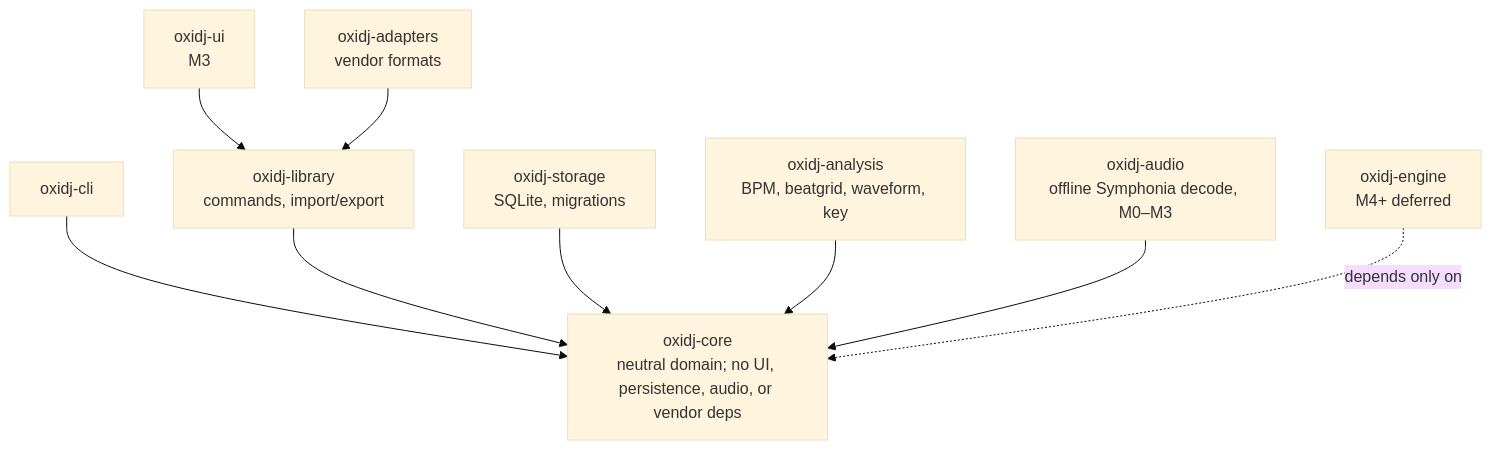
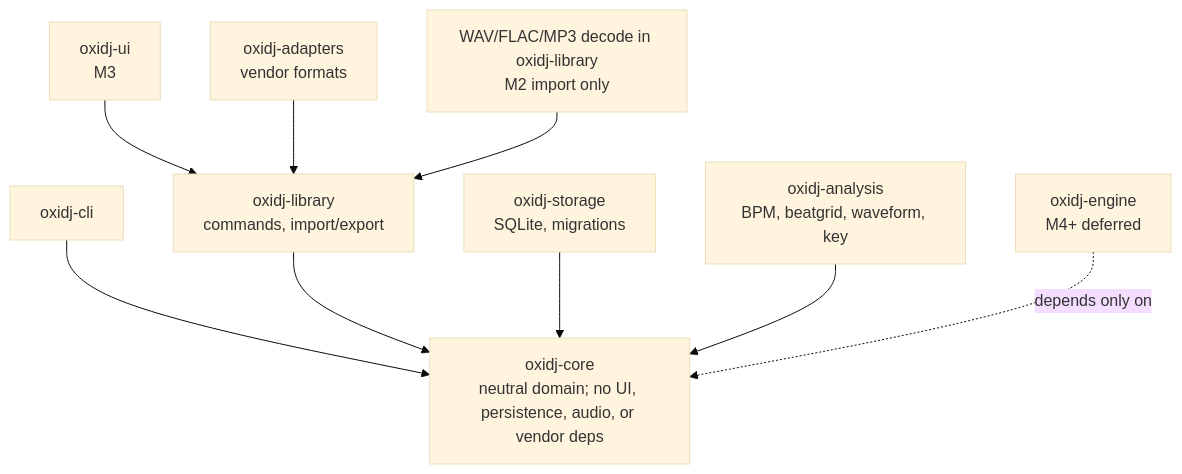
One commit to Senci/oxidj changed the diagram in docs/adr/004-crate-boundaries.md. Above: the diagram before and after it, drawn with Mermaid (base theme). The commit also changed other lines of this file and 2 other files, not shown here.

First line of the commit message:
feat(architecture): admit M2 audio decoders in library

````diff
--- a/docs/adr/004-crate-boundaries.md
+++ b/docs/adr/004-crate-boundaries.md
@@ -27,11 +27,11 @@
 ```mermaid
 flowchart TB
     cli["oxidj-cli"] --> core["oxidj-core<br/>neutral domain; no UI, persistence, audio, or vendor deps"]
     ui["oxidj-ui<br/>M3"] --> library["oxidj-library<br/>commands, import/export"]
     library --> core
     adapters["oxidj-adapters<br/>vendor formats"] --> library
     storage["oxidj-storage<br/>SQLite, migrations"] --> core
     analysis["oxidj-analysis<br/>BPM, beatgrid, waveform, key"] --> core
-    audio["oxidj-audio<br/>offline Symphonia decode, M0–M3"] --> core
+    audio["WAV/FLAC/MP3 decode in oxidj-library<br/>M2 import only"] --> library
     engine["oxidj-engine<br/>M4+ deferred"] -. "depends only on" .-> core
 ```
````
